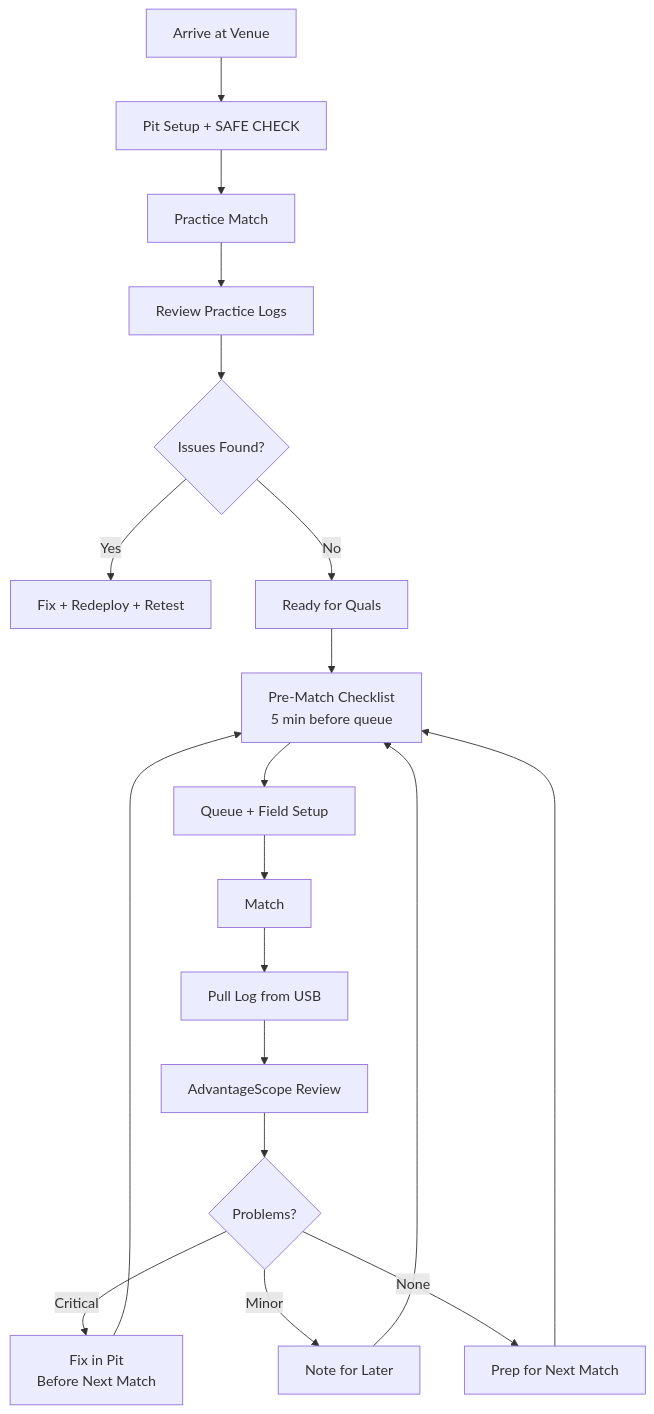
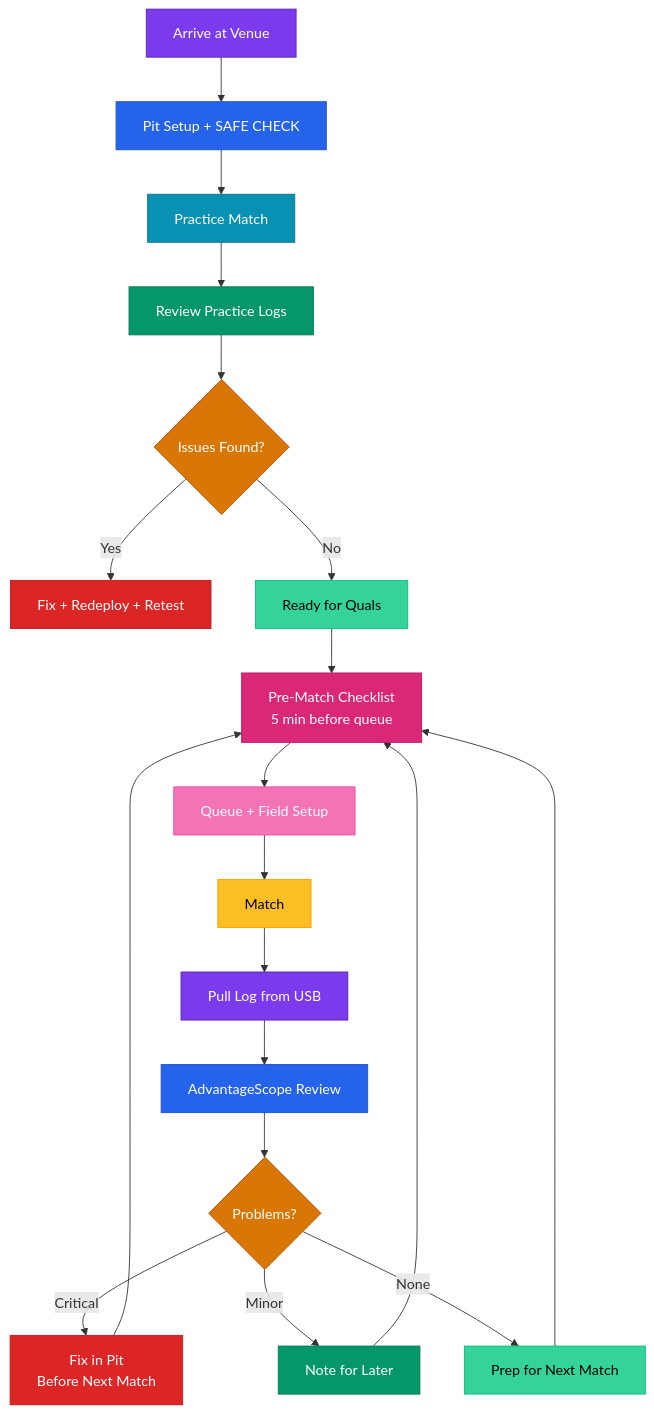
Before and after one commit to eeveemara/frc5962-2026-docs: the diagram in docs/operations/competition-playbook.md, drawn with Mermaid. The commit also changed 14 other files, not shown here.

Commit message:
Add explicit colors to all 20 mermaid diagrams for GitBook dark mode

````diff
--- a/docs/operations/competition-playbook.md
+++ b/docs/operations/competition-playbook.md
@@ -89,22 +89,39 @@
 ```mermaid
 flowchart TD
     A[Arrive at Venue] --> B[Pit Setup + SAFE CHECK]
     B --> C[Practice Match]
     C --> D[Review Practice Logs]
     D --> E{Issues Found?}
     E -->|Yes| F[Fix + Redeploy + Retest]
     E -->|No| G[Ready for Quals]
 
     G --> H[Pre-Match Checklist<br/>5 min before queue]
     H --> I[Queue + Field Setup]
     I --> J[Match]
     J --> K[Pull Log from USB]
     K --> L[AdvantageScope Review]
     L --> M{Problems?}
     M -->|Critical| N[Fix in Pit<br/>Before Next Match]
     M -->|Minor| O[Note for Later]
     M -->|None| P[Prep for Next Match]
     N --> H
     O --> H
     P --> H
+
+    style A fill:#7c3aed,stroke:#5b21b6,color:#fff
+    style B fill:#2563eb,stroke:#1d4ed8,color:#fff
+    style C fill:#0891b2,stroke:#0e7490,color:#fff
+    style D fill:#059669,stroke:#047857,color:#fff
+    style E fill:#d97706,stroke:#b45309,color:#fff
+    style F fill:#dc2626,stroke:#b91c1c,color:#fff
+    style G fill:#34d399,stroke:#10b981,color:#000
+    style H fill:#db2777,stroke:#be185d,color:#fff
+    style I fill:#f472b6,stroke:#ec4899,color:#fff
+    style J fill:#fbbf24,stroke:#f59e0b,color:#000
+    style K fill:#7c3aed,stroke:#5b21b6,color:#fff
+    style L fill:#2563eb,stroke:#1d4ed8,color:#fff
+    style M fill:#d97706,stroke:#b45309,color:#fff
+    style N fill:#dc2626,stroke:#b91c1c,color:#fff
+    style O fill:#059669,stroke:#047857,color:#fff
+    style P fill:#34d399,stroke:#10b981,color:#000
 ```
````
